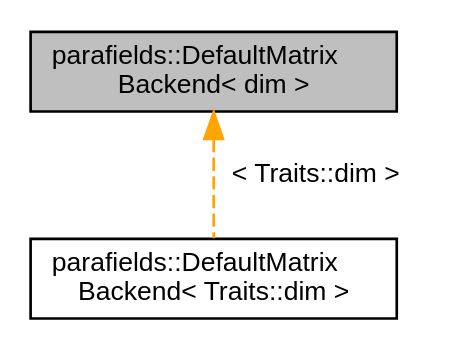
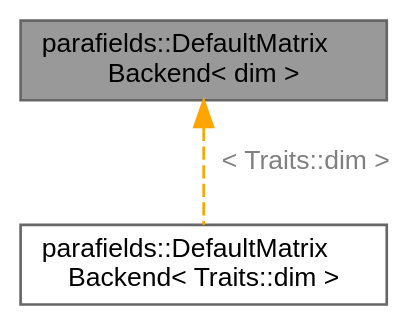
Before and after one commit to parafields/parafields-core: the diagram in a01000.dot, drawn with Graphviz. The commit also changed 509 other files, not shown here.

```diff
--- a/a01000.dot
+++ b/a01000.dot
@@ -1,9 +1,10 @@
 digraph "parafields::DefaultMatrixBackend&lt; dim &gt;"
 {
  // LATEX_PDF_SIZE
-  edge [fontname="Helvetica",fontsize="10",labelfontname="Helvetica",labelfontsize="10"];
-  node [fontname="Helvetica",fontsize="10",shape=record];
-  Node1 [label="parafields::DefaultMatrix\lBackend\< dim \>",height=0.2,width=0.4,color="black", fillcolor="grey75", style="filled", fontcolor="black",tooltip="Default matrix backend for dim > 1."];
-  Node1 -> Node2 [dir="back",color="orange",fontsize="10",style="dashed",label=" \< Traits::dim \>" ,fontname="Helvetica"];
-  Node2 [label="parafields::DefaultMatrix\lBackend\< Traits::dim \>",height=0.2,width=0.4,color="black", fillcolor="white", style="filled",URL="$a01001.html",tooltip=" "];
+  bgcolor="transparent";
+  edge [fontname=Helvetica,fontsize=10,labelfontname=Helvetica,labelfontsize=10];
+  node [fontname=Helvetica,fontsize=10,shape=box,height=0.2,width=0.4];
+  Node1 [id="Node000001",label="parafields::DefaultMatrix\lBackend\< dim \>",height=0.2,width=0.4,color="gray40", fillcolor="grey60", style="filled", fontcolor="black",tooltip="Default matrix backend for dim > 1."];
+  Node1 -> Node2 [id="edge1_Node000001_Node000002",dir="back",color="orange",style="dashed",tooltip=" ",label=" \< Traits::dim \>",fontcolor="grey" ];
+  Node2 [id="Node000002",label="parafields::DefaultMatrix\lBackend\< Traits::dim \>",height=0.2,width=0.4,color="gray40", fillcolor="white", style="filled",URL="$a01001.html",tooltip=" "];
 }
```
